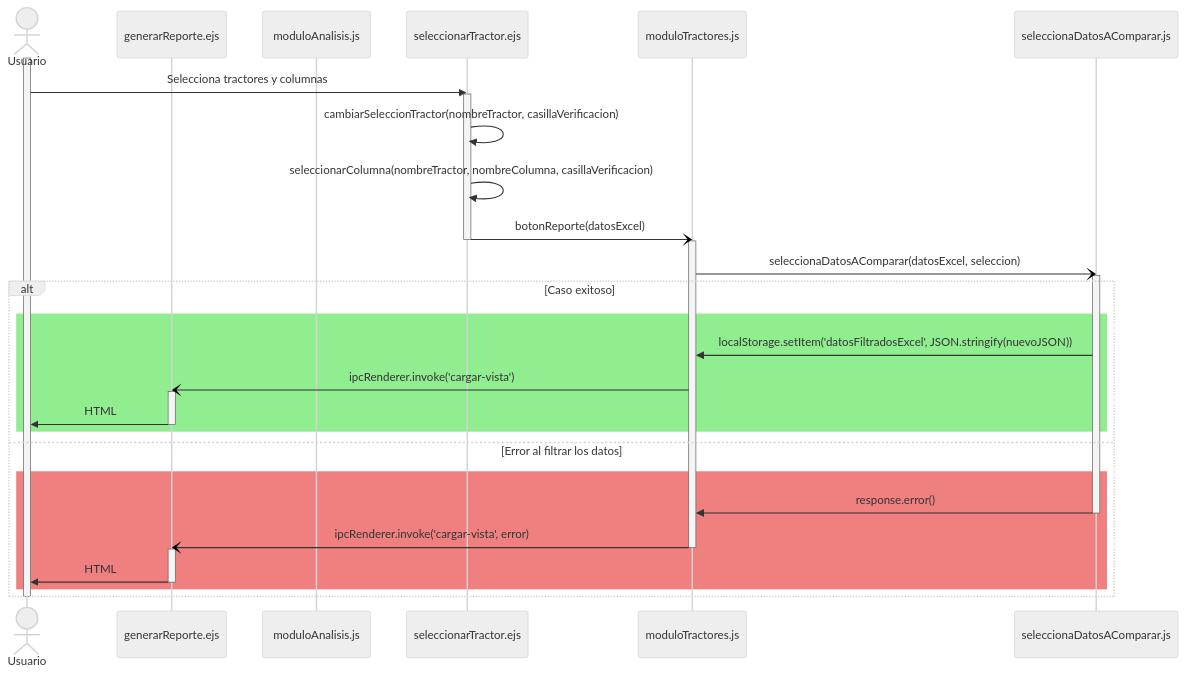
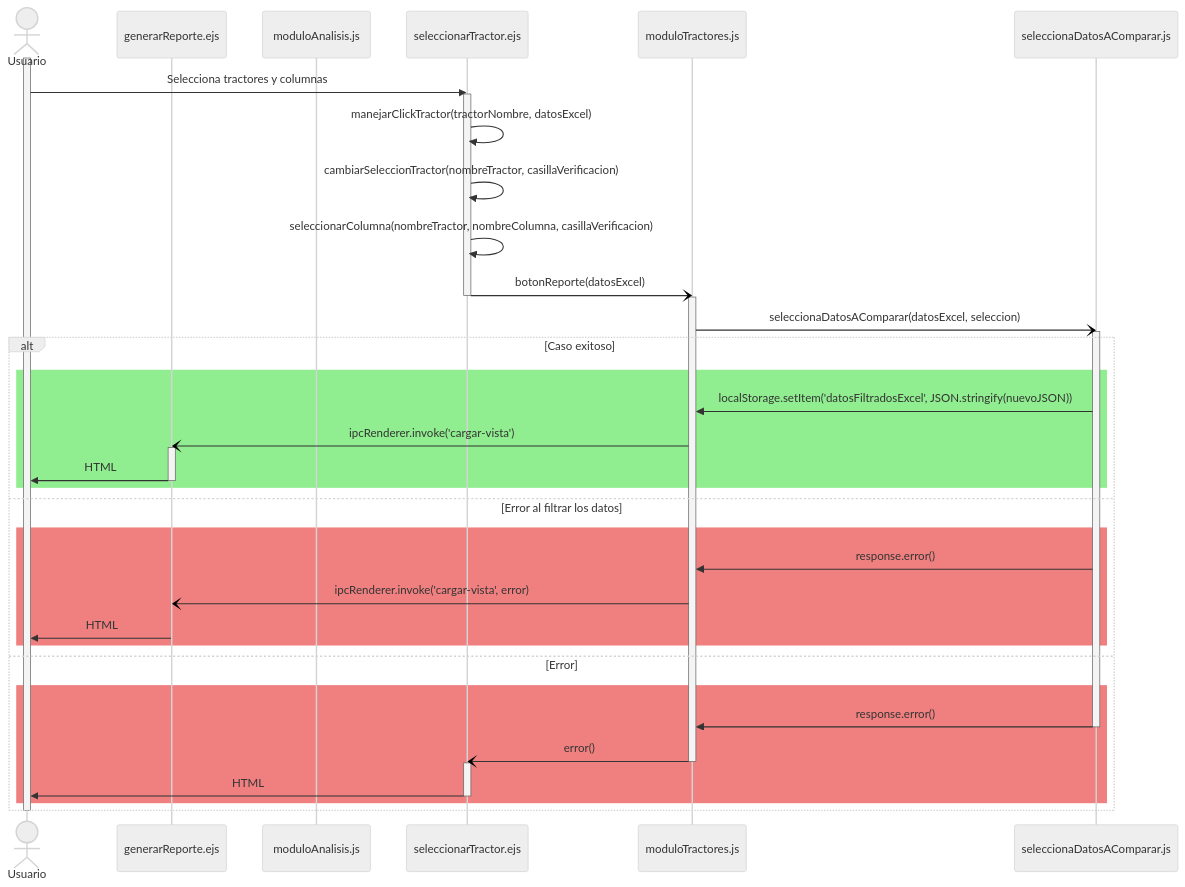
One commit to CodeAnd-Co/Documentacion changed the diagram in documentation/docs/proyectos/tractores/documentacion/requisitos/RF14.md. Above: the diagram before and after it, drawn with Mermaid (neutral theme).

Commit message:
Agregar caso de error en RF14

````diff
--- a/documentation/docs/proyectos/tractores/documentacion/requisitos/RF14.md
+++ b/documentation/docs/proyectos/tractores/documentacion/requisitos/RF14.md
@@ -27,41 +27,48 @@
 ```mermaid
 sequenceDiagram
     actor Usuario
     participant vistaAnalisis as generarReporte.ejs
     participant utilAnalisis as moduloAnalisis.js
     participant vistaTractores as seleccionarTractor.ejs
     participant moduloTractores as moduloTractores.js
     participant usecase as seleccionaDatosAComparar.js
 
     activate Usuario
     Usuario->>vistaTractores: Selecciona tractores y columnas
     activate vistaTractores
+    vistaTractores->>vistaTractores: manejarClickTractor(tractorNombre, datosExcel)
     vistaTractores->>vistaTractores: cambiarSeleccionTractor(nombreTractor, casillaVerificacion)
     vistaTractores->>vistaTractores: seleccionarColumna(nombreTractor, nombreColumna, casillaVerificacion)
     vistaTractores-)moduloTractores: botonReporte(datosExcel)
     deactivate vistaTractores
     activate moduloTractores
     moduloTractores-)usecase: seleccionaDatosAComparar(datosExcel, seleccion)
     activate usecase
     alt Caso exitoso
       rect Lightgreen    
-      usecase->>moduloTractores: localStorage.setItem('datosFiltradosExcel', JSON.stringify(nuevoJSON));
-      moduloTractores-)vistaAnalisis: ipcRenderer.invoke('cargar-vista');
+      usecase->>moduloTractores: localStorage.setItem('datosFiltradosExcel', JSON.stringify(nuevoJSON))
+      moduloTractores-)vistaAnalisis: ipcRenderer.invoke('cargar-vista')
       activate vistaAnalisis
       vistaAnalisis->>Usuario: HTML
       deactivate vistaAnalisis
       end
     else Error al filtrar los datos
       rect Lightcoral
       usecase->>moduloTractores: response.error()
+      moduloTractores-)vistaAnalisis: ipcRenderer.invoke('cargar-vista', error)
+      vistaAnalisis->>Usuario: HTML
+      end
+    else Error
+      rect Lightcoral
+      usecase->>moduloTractores: response.error()
       deactivate usecase
-      moduloTractores-)vistaAnalisis: ipcRenderer.invoke('cargar-vista', error);
+      moduloTractores-)vistaTractores: error()
       deactivate moduloTractores
-      activate vistaAnalisis
-      vistaAnalisis->>Usuario: HTML
-      deactivate vistaAnalisis
+      activate vistaTractores
+      vistaTractores->>Usuario: HTML
+      deactivate vistaTractores
       end
     end
     deactivate Usuario
     
 ```
````
